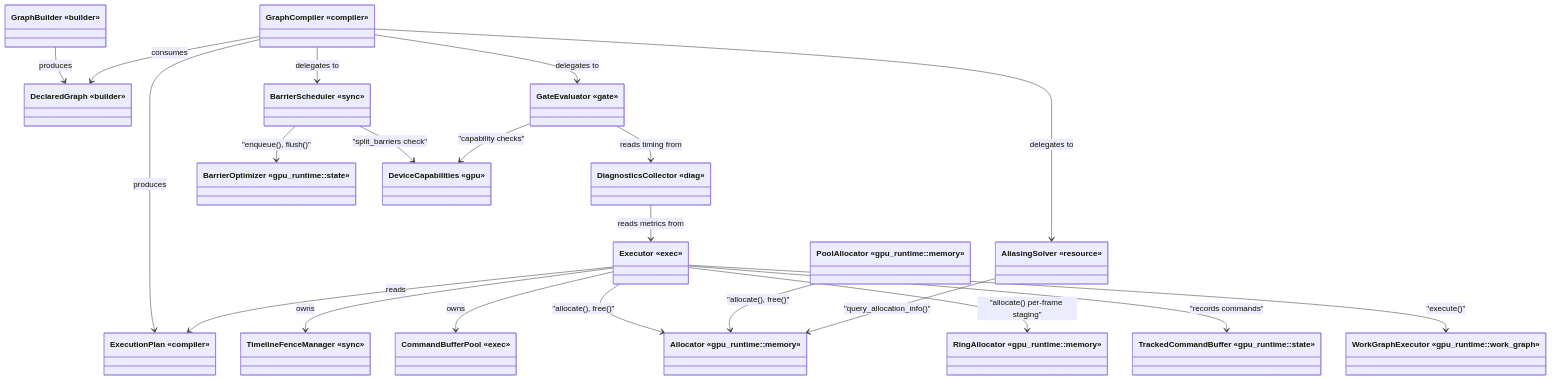
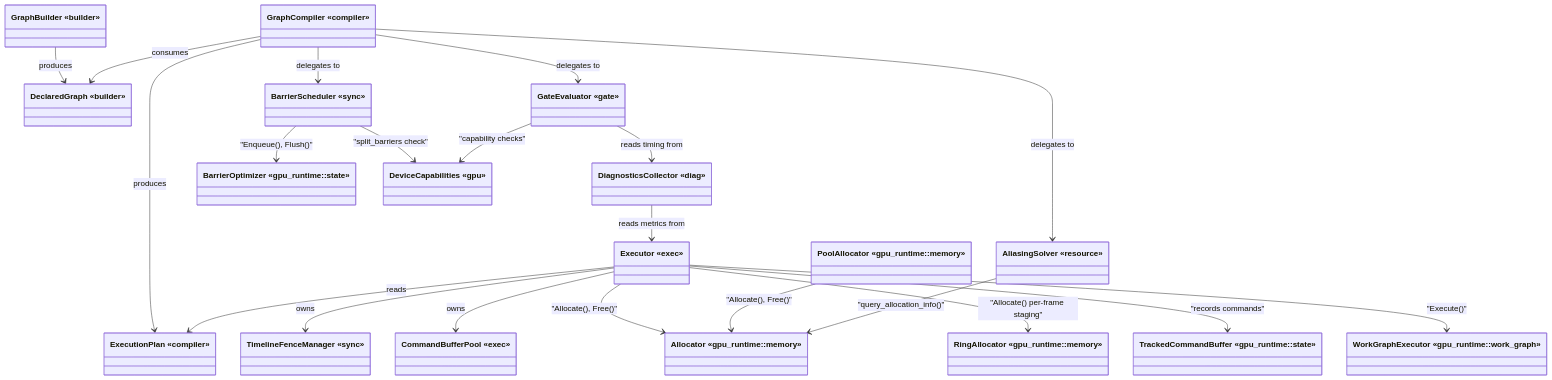
The tenth of 15 diagrams in docs/design/render-graph-classes.md (harmonius-dev/harmonius), drawn with Mermaid before and after one commit. The commit also changed other lines of this file and 67 other files, not shown here.

````diff
--- a/docs/design/render-graph-classes.md
+++ b/docs/design/render-graph-classes.md
@@ -857,42 +857,42 @@
 ```mermaid
 classDiagram
     class GraphBuilder["GraphBuilder «builder»"]
     class DeclaredGraph["DeclaredGraph «builder»"]
     class GraphCompiler["GraphCompiler «compiler»"]
     class ExecutionPlan["ExecutionPlan «compiler»"]
     class GateEvaluator["GateEvaluator «gate»"]
     class BarrierScheduler["BarrierScheduler «sync»"]
     class AliasingSolver["AliasingSolver «resource»"]
     class Executor["Executor «exec»"]
     class TimelineFenceManager["TimelineFenceManager «sync»"]
     class CommandBufferPool["CommandBufferPool «exec»"]
     class DiagnosticsCollector["DiagnosticsCollector «diag»"]
     class Allocator["Allocator «gpu_runtime::memory»"]
     class RingAllocator["RingAllocator «gpu_runtime::memory»"]
     class PoolAllocator["PoolAllocator «gpu_runtime::memory»"]
     class TrackedCommandBuffer["TrackedCommandBuffer «gpu_runtime::state»"]
     class BarrierOptimizer["BarrierOptimizer «gpu_runtime::state»"]
     class WorkGraphExecutor["WorkGraphExecutor «gpu_runtime::work_graph»"]
     class DeviceCapabilities["DeviceCapabilities «gpu»"]
 
     GraphBuilder --> DeclaredGraph : produces
     GraphCompiler --> DeclaredGraph : consumes
     GraphCompiler --> GateEvaluator : delegates to
     GraphCompiler --> BarrierScheduler : delegates to
     GraphCompiler --> AliasingSolver : delegates to
     GraphCompiler --> ExecutionPlan : produces
     Executor --> ExecutionPlan : reads
     Executor --> TimelineFenceManager : owns
     Executor --> CommandBufferPool : owns
-    Executor --> Allocator : "allocate(), free()"
-    Executor --> RingAllocator : "allocate() per-frame staging"
+    Executor --> Allocator : "Allocate(), Free()"
+    Executor --> RingAllocator : "Allocate() per-frame staging"
     Executor --> TrackedCommandBuffer : "records commands"
-    Executor --> WorkGraphExecutor : "execute()"
+    Executor --> WorkGraphExecutor : "Execute()"
     DiagnosticsCollector --> Executor : reads metrics from
-    PoolAllocator --> Allocator : "allocate(), free()"
+    PoolAllocator --> Allocator : "Allocate(), Free()"
     AliasingSolver --> Allocator : "query_allocation_info()"
-    BarrierScheduler --> BarrierOptimizer : "enqueue(), flush()"
+    BarrierScheduler --> BarrierOptimizer : "Enqueue(), Flush()"
     BarrierScheduler --> DeviceCapabilities : "split_barriers check"
     GateEvaluator --> DiagnosticsCollector : reads timing from
     GateEvaluator --> DeviceCapabilities : "capability checks"
 ```
````
